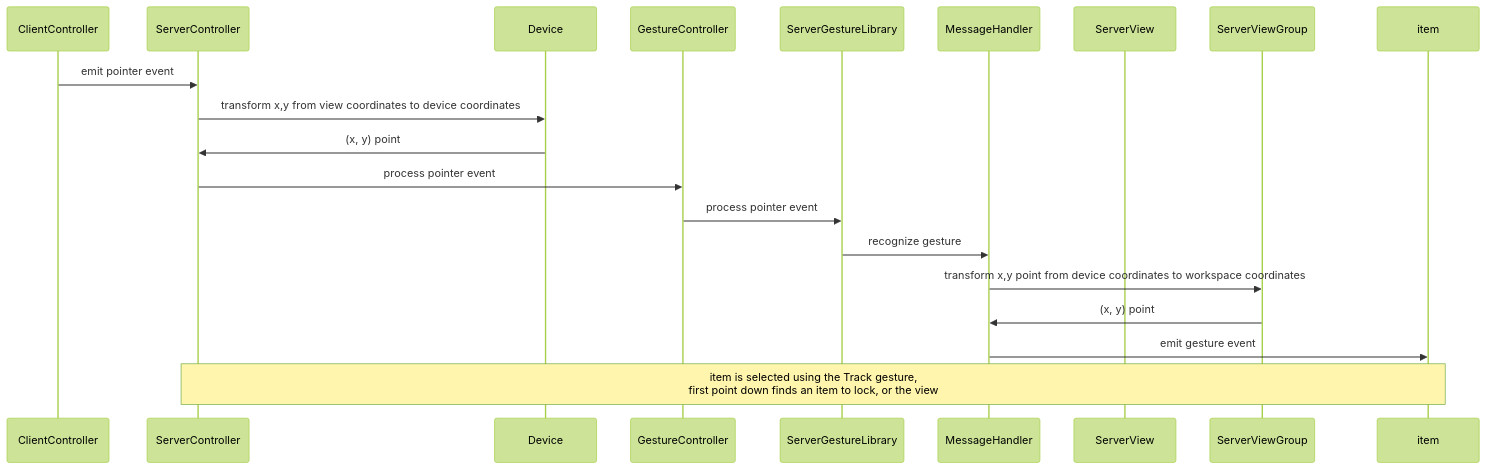
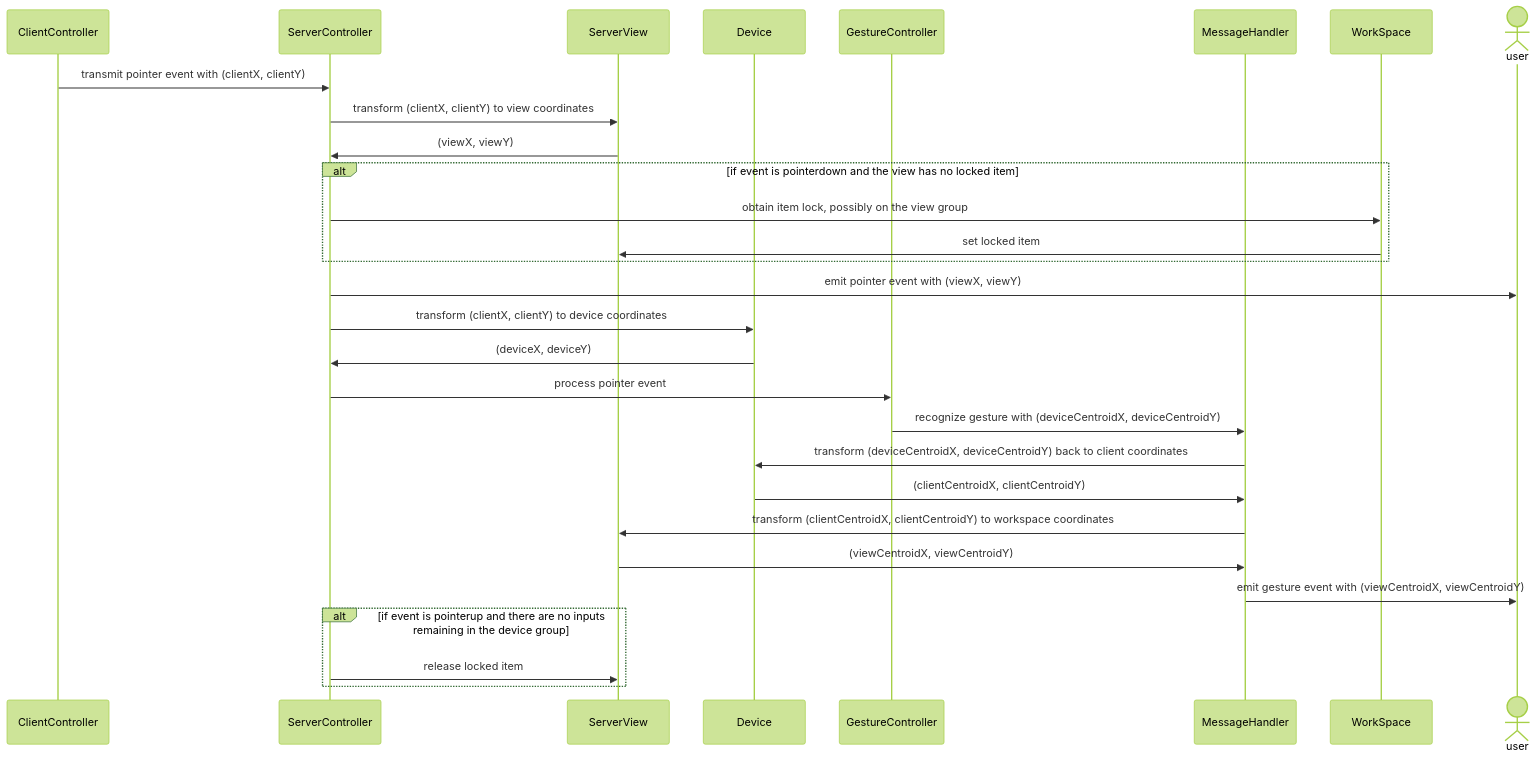
One commit to hcilab/wams changed the diagram in gestures.md. Above: the diagram before and after it, drawn with Mermaid (forest theme). The commit also changed other lines of this file, not shown here.

Commit message:
Update gestures.md to reflect current state of gesture recognition algorithm (#75)

````diff
--- a/gestures.md
+++ b/gestures.md
@@ -25,25 +1,35 @@
 ```mermaid
 sequenceDiagram
     participant cc as ClientController
     participant sc as ServerController
+    participant sv as ServerView
     participant dv as Device
     participant gc as GestureController
-    participant sg as ServerGestureLibrary
     participant mh as MessageHandler
-    participant sv as ServerView
-    participant svg as ServerViewGroup
-    participant item
+    participant ws as WorkSpace
+    actor user
 
-    cc ->> sc : emit pointer event
-    sc ->> dv : transform x,y from view coordinates to device coordinates
-    dv ->> sc : (x, y) point
+    cc ->> sc : transmit pointer event with (clientX, clientY)
+    sc ->> sv : transform (clientX, clientY) to view coordinates
+    sv ->> sc : (viewX, viewY)
+
+    alt if event is pointerdown and the view has no locked item
+        sc ->> ws : obtain item lock, possibly on the view group
+        ws ->> sv : set locked item
+    end
+
+    sc ->> user : emit pointer event with (viewX, viewY)
+    sc ->> dv : transform (clientX, clientY) to device coordinates
+    dv ->> sc : (deviceX, deviceY)
     sc ->> gc : process pointer event
-    gc ->> sg : process pointer event
-    sg ->> mh : recognize gesture
-    mh ->> svg : transform x,y point from device coordinates to workspace coordinates
+    gc ->> mh : recognize gesture with (deviceCentroidX, deviceCentroidY)
+    mh ->> dv : transform (deviceCentroidX, deviceCentroidY) back to client coordinates
+    dv ->> mh : (clientCentroidX, clientCentroidY)
+    mh ->> sv : transform (clientCentroidX, clientCentroidY) to workspace coordinates
+    sv ->> mh : (viewCentroidX, viewCentroidY)
+    mh ->> user : emit gesture event with (viewCentroidX, viewCentroidY)
 
-    svg ->> mh : (x, y) point
-    mh ->> item : emit gesture event
-
-    note over sc, item: item is selected using the Track gesture,<br>first point down finds an item to lock, or the view
+    alt if event is pointerup and there are no inputs remaining in the device group
+        sc ->> sv : release locked item
+    end
 ```
````
